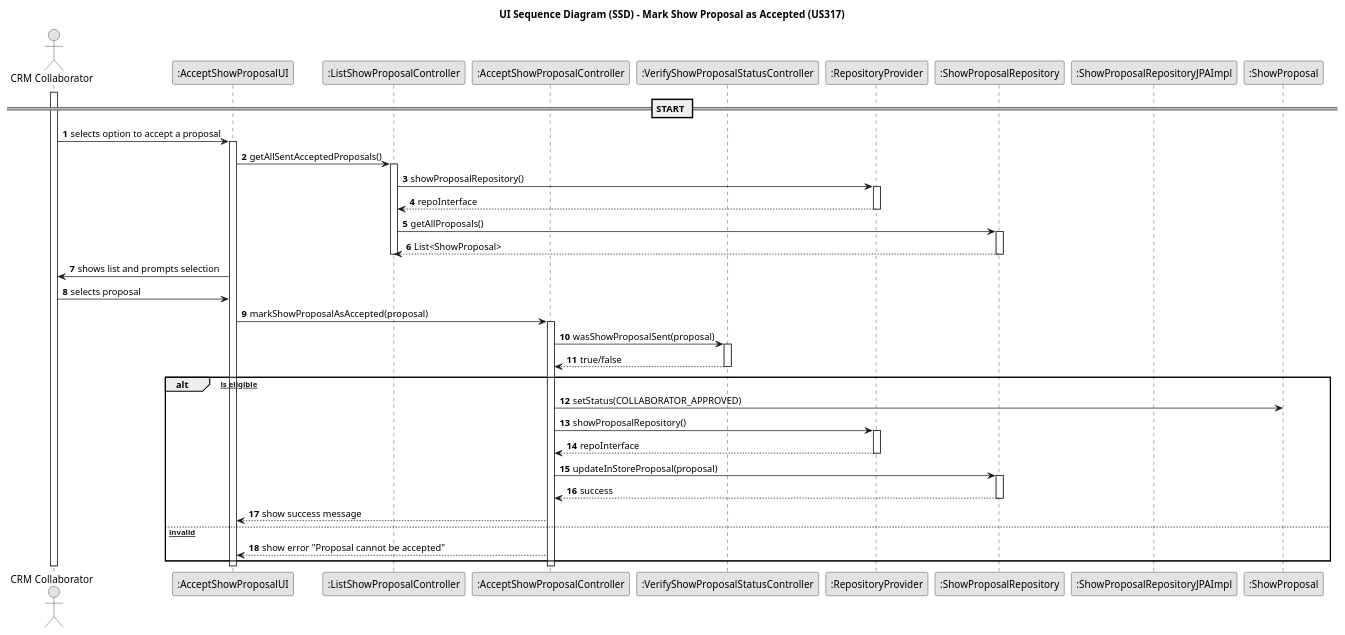
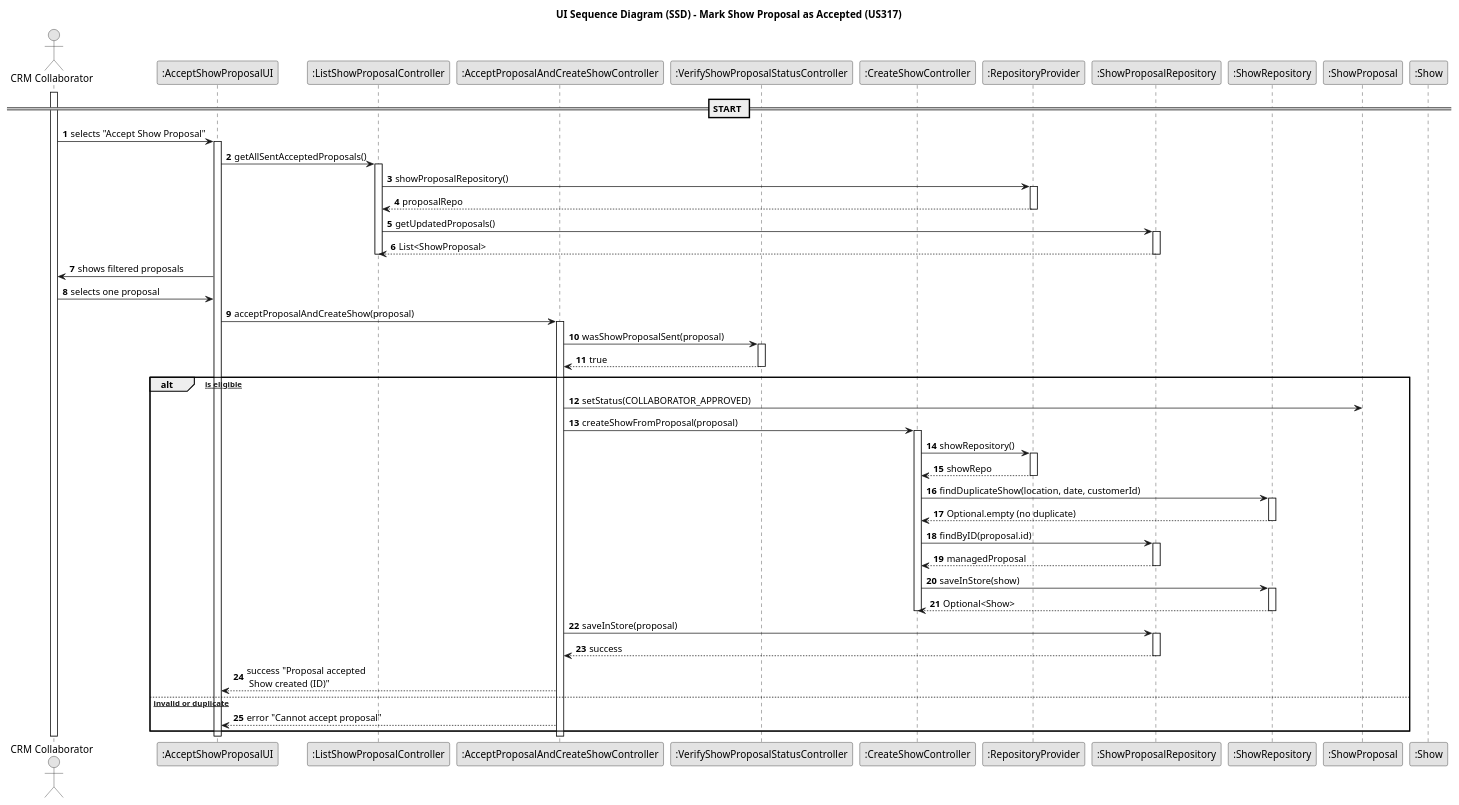
One commit to SAEmanuel/Shodrone_ISEP changed the diagram in docs/planning/sprint3/EAPLI/US317 - Mark show proposal as accepted/03.design/puml/us317-domain-model.puml. Above: the diagram before and after it, drawn with PlantUML. The commit also changed 42 other files, not shown here.

```diff
--- a/docs/planning/sprint3/EAPLI/US317 - Mark show proposal as accepted/03.design/puml/us317-domain-model.puml
+++ b/docs/planning/sprint3/EAPLI/US317 - Mark show proposal as accepted/03.design/puml/us317-domain-model.puml
@@ -1,72 +1,93 @@
 @startuml
 skinparam monochrome true
 skinparam packageStyle rectangle
 skinparam shadowing false
 
 title UI Sequence Diagram (SSD) - Mark Show Proposal as Accepted (US317)
 
 autonumber
 
 actor "CRM Collaborator" as user
 activate user
 
 participant ":AcceptShowProposalUI" as UI
 participant ":ListShowProposalController" as listCTRL
-participant ":AcceptShowProposalController" as CTRL
+participant ":AcceptProposalAndCreateShowController" as CTRL
 participant ":VerifyShowProposalStatusController" as verifier
+participant ":CreateShowController" as showCTRL
 participant ":RepositoryProvider" as repoProvider
-participant ":ShowProposalRepository" as repoInterface
-participant ":ShowProposalRepositoryJPAImpl" as repoImpl
+participant ":ShowProposalRepository" as proposalRepo
+participant ":ShowRepository" as showRepo
 participant ":ShowProposal" as proposalEntity
+participant ":Show" as showEntity
 
 == START ==
 
-user -> UI : selects option to accept a proposal
+user -> UI : selects "Accept Show Proposal"
 activate UI
 
 UI -> listCTRL : getAllSentAcceptedProposals()
 activate listCTRL
 
 listCTRL -> repoProvider : showProposalRepository()
 activate repoProvider
-repoProvider --> listCTRL : repoInterface
+repoProvider --> listCTRL : proposalRepo
 deactivate repoProvider
 
-listCTRL -> repoInterface : getAllProposals()
-activate repoInterface
-repoInterface --> listCTRL : List<ShowProposal>
-deactivate repoInterface
+listCTRL -> proposalRepo : getUpdatedProposals()
+activate proposalRepo
+proposalRepo --> listCTRL : List<ShowProposal>
+deactivate proposalRepo
 deactivate listCTRL
 
-UI -> user : shows list and prompts selection
-user -> UI : selects proposal
-UI -> CTRL : markShowProposalAsAccepted(proposal)
+UI -> user : shows filtered proposals
+user -> UI : selects one proposal
+UI -> CTRL : acceptProposalAndCreateShow(proposal)
 activate CTRL
 
 CTRL -> verifier : wasShowProposalSent(proposal)
 activate verifier
-verifier --> CTRL : true/false
+verifier --> CTRL : true
 deactivate verifier
 
 alt [proposal is eligible]
     CTRL -> proposalEntity : setStatus(COLLABORATOR_APPROVED)
 
-    CTRL -> repoProvider : showProposalRepository()
+    CTRL -> showCTRL : createShowFromProposal(proposal)
+    activate showCTRL
+
+    showCTRL -> repoProvider : showRepository()
     activate repoProvider
-    repoProvider --> CTRL : repoInterface
+    repoProvider --> showCTRL : showRepo
     deactivate repoProvider
 
-    CTRL -> repoInterface : updateInStoreProposal(proposal)
-    activate repoInterface
-    repoInterface --> CTRL : success
-    deactivate repoInterface
+    showCTRL -> showRepo : findDuplicateShow(location, date, customerId)
+    activate showRepo
+    showRepo --> showCTRL : Optional.empty (no duplicate)
+    deactivate showRepo
 
-    CTRL --> UI : show success message
-else [proposal invalid]
-    CTRL --> UI : show error "Proposal cannot be accepted"
+    showCTRL -> proposalRepo : findByID(proposal.id)
+    activate proposalRepo
+    proposalRepo --> showCTRL : managedProposal
+    deactivate proposalRepo
+
+    showCTRL -> showRepo : saveInStore(show)
+    activate showRepo
+    showRepo --> showCTRL : Optional<Show>
+    deactivate showRepo
+    deactivate showCTRL
+
+    CTRL -> proposalRepo : saveInStore(proposal)
+    activate proposalRepo
+    proposalRepo --> CTRL : success
+    deactivate proposalRepo
+
+    CTRL --> UI : success "Proposal accepted\n Show created (ID)"
+else [proposal invalid or duplicate]
+    CTRL --> UI : error "Cannot accept proposal"
 end
 
 deactivate CTRL
 deactivate UI
 deactivate user
 @enduml
```
